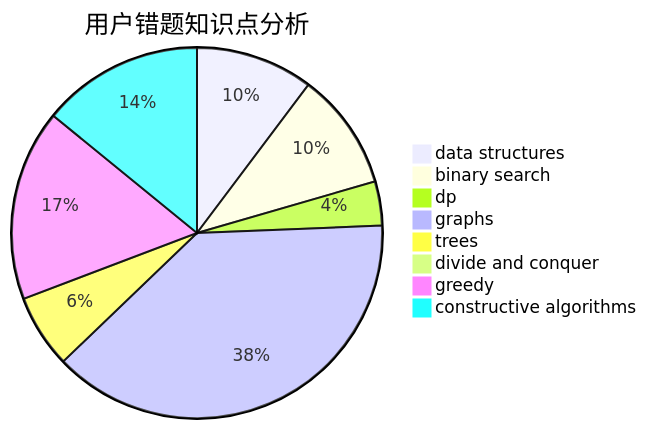
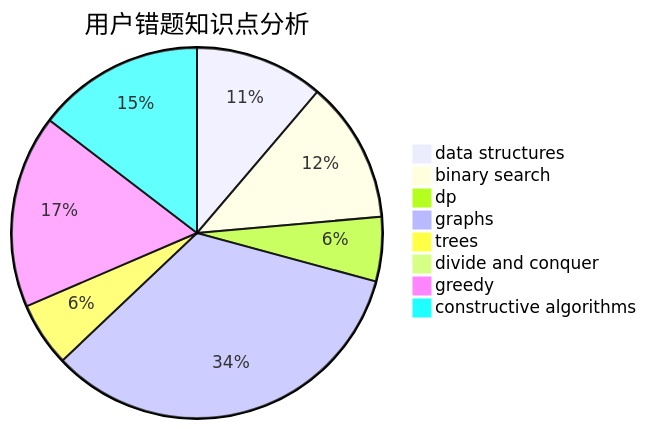
The third of 3 diagrams in docs/user/u837.md (sherpahu/cfrs.github.io), drawn with Mermaid before and after one commit. The commit also changed other lines of this file and 2770 other files, not shown here.

````diff
--- a/docs/user/u837.md
+++ b/docs/user/u837.md
@@ -36,11 +36,11 @@
 ```mermaid
 pie title 用户错题知识点分析
-    "data structures" :  8
-    "binary search" :  8
-    "dp" :  3
+    "data structures" :  10
+    "binary search" :  11
+    "dp" :  5
     "graphs" :  30
     "trees" :  5
     "divide and conquer" :  0
-    "greedy" :  13
-    "constructive algorithms" :  11
+    "greedy" :  15
+    "constructive algorithms" :  13
 ```
````
